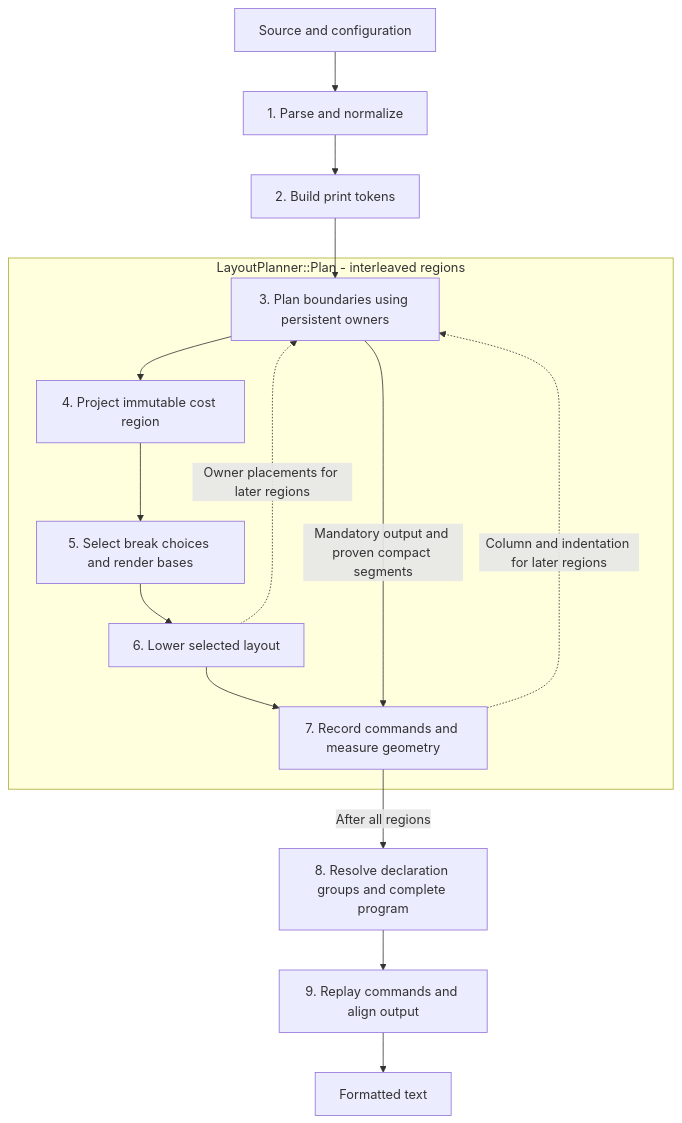
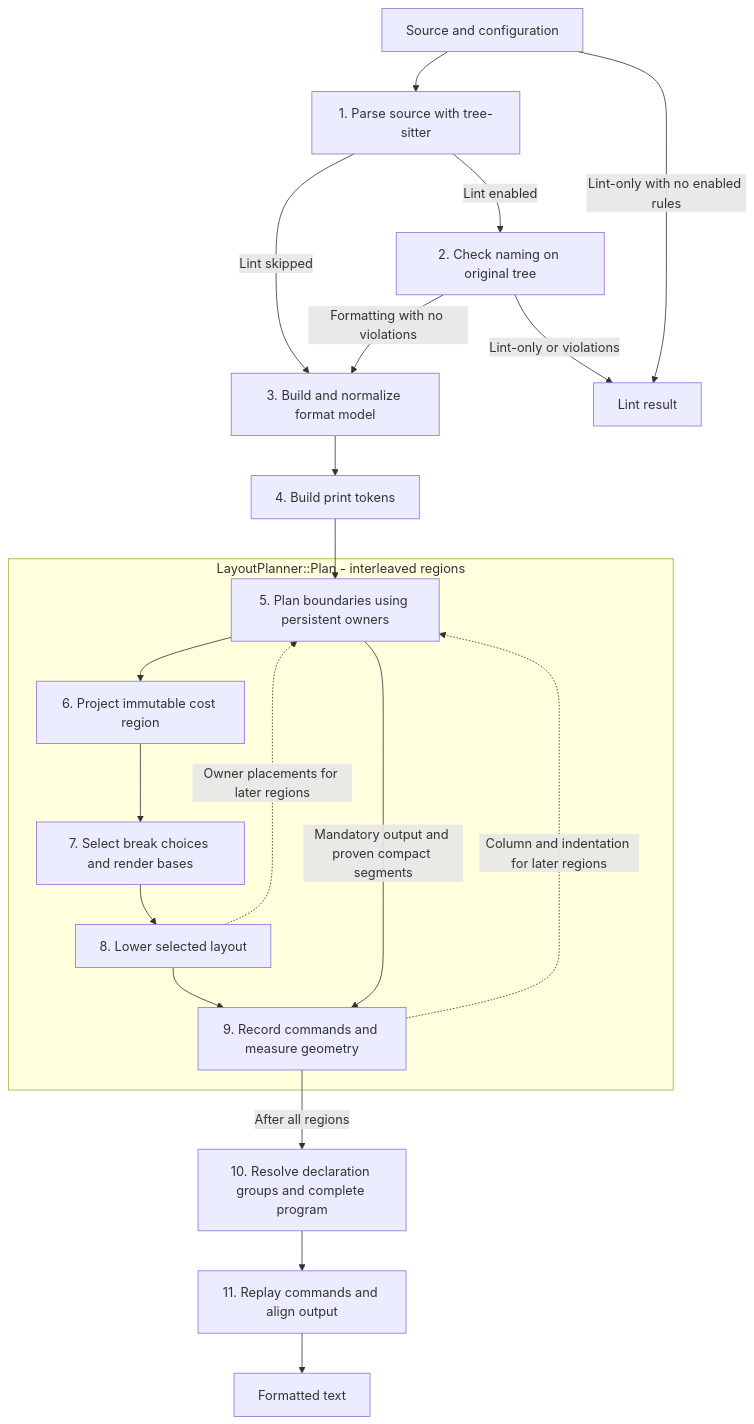
The diagram in docs/architecture.md (elizarov/strictfmt), drawn with Mermaid before and after one commit. The commit also changed other lines of this file and 29 other files, not shown here.

Commit message:
Add configurable naming linting before formatting

````diff
--- a/docs/architecture.md
+++ b/docs/architecture.md
@@ -13,20 +17,25 @@
 ```mermaid
 flowchart TD
-    source[Source and configuration] --> syntax[1. Parse and normalize]
-    syntax --> tokens[2. Build print tokens]
+    source[Source and configuration] --> parsed[1. Parse source with tree-sitter]
+    parsed -->|Lint enabled| lint[2. Check naming on original tree]
+    parsed -->|Lint skipped| syntax[3. Build and normalize format model]
+    lint -->|Formatting with no violations| syntax
+    lint -->|Lint-only or violations| result[Lint result]
+    source -->|Lint-only with no enabled rules| result
+    syntax --> tokens[4. Build print tokens]
     subgraph planning[LayoutPlanner::Plan - interleaved regions]
-        planner[3. Plan boundaries using persistent owners]
-        model[4. Project immutable cost region]
-        solver[5. Select break choices and render bases]
-        lowerer[6. Lower selected layout]
-        record[7. Record commands and measure geometry]
+        planner[5. Plan boundaries using persistent owners]
+        model[6. Project immutable cost region]
+        solver[7. Select break choices and render bases]
+        lowerer[8. Lower selected layout]
+        record[9. Record commands and measure geometry]
         planner --> model --> solver --> lowerer --> record
         planner -->|Mandatory output and proven compact segments| record
         lowerer -.->|Owner placements for later regions| planner
         record -.->|Column and indentation for later regions| planner
     end
     tokens --> planner
-    record -->|After all regions| program[8. Resolve declaration groups and complete program]
-    program --> emitter[9. Replay commands and align output]
+    record -->|After all regions| program[10. Resolve declaration groups and complete program]
+    program --> emitter[11. Replay commands and align output]
     emitter --> text[Formatted text]
 ```
````
